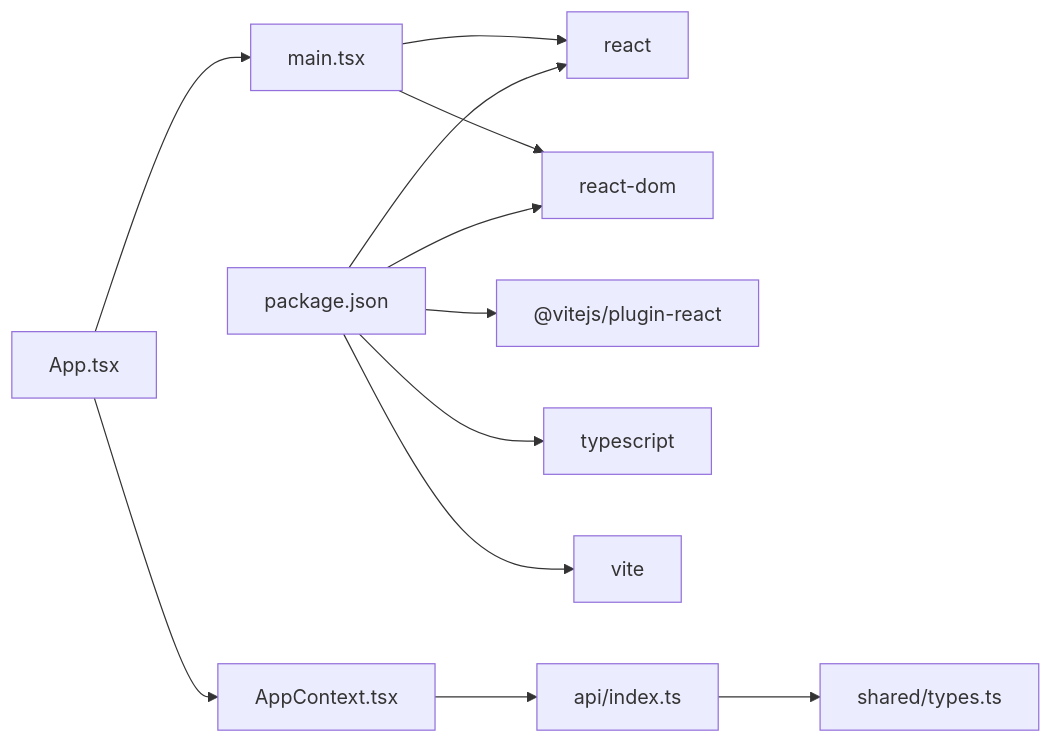
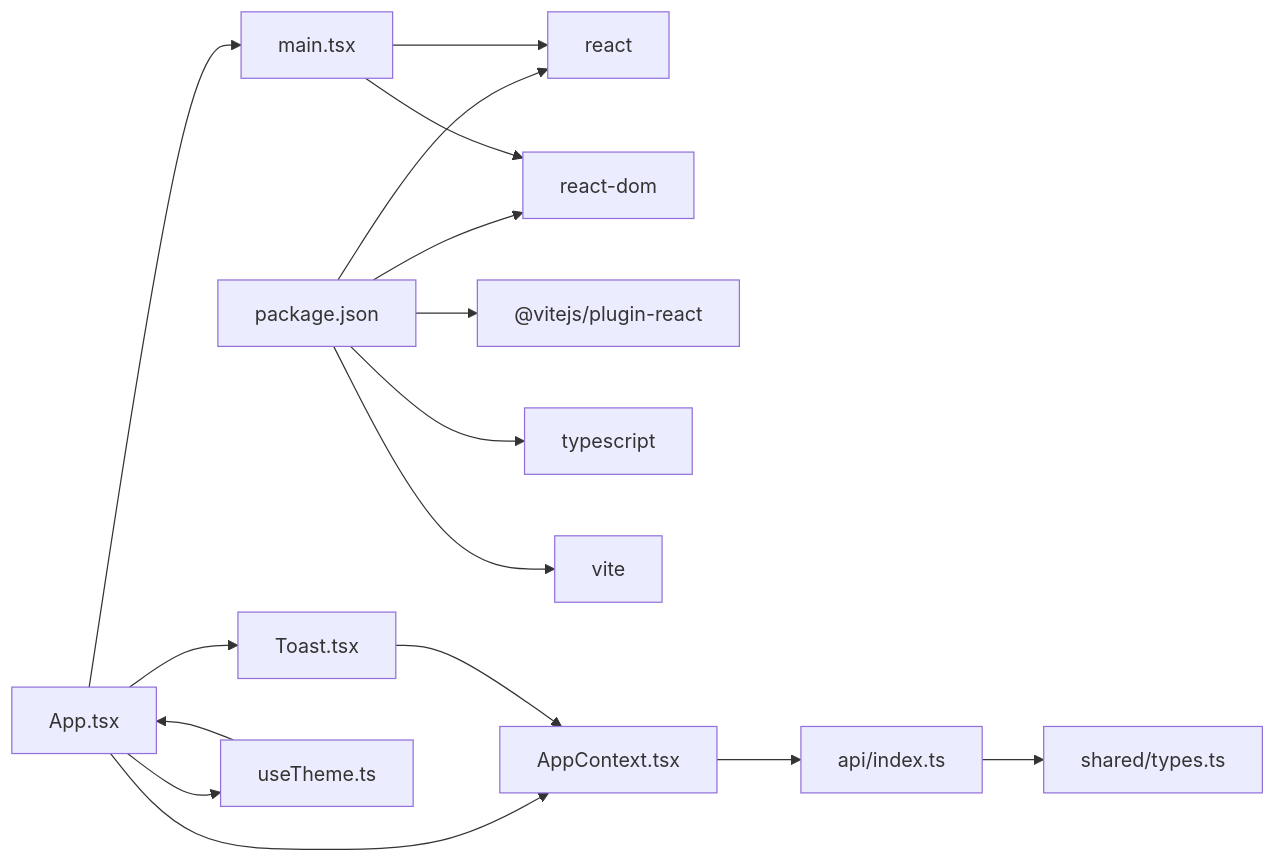
Before and after one commit to L1mingyoung/ex: the ninth of 9 diagrams in .qoder/repowiki/zh/content/前端应用详解/前端应用详解.md, drawn with Mermaid. The commit also changed other lines of this file and 21 other files, not shown here.

````diff
--- a/.qoder/repowiki/zh/content/前端应用详解/前端应用详解.md
+++ b/.qoder/repowiki/zh/content/前端应用详解/前端应用详解.md
@@ -267,14 +396,18 @@
 ```mermaid
 graph LR
 P["package.json"] --> R["react"]
 P --> RD["react-dom"]
 P --> VR["@vitejs/plugin-react"]
 P --> TS["typescript"]
 P --> V["vite"]
 M["main.tsx"] --> R
 M --> RD
 A["App.tsx"] --> M
 A --> Ctx["AppContext.tsx"]
+A --> Toast["Toast.tsx"]
+A --> Theme["useTheme.ts"]
 Ctx --> API["api/index.ts"]
 API --> T["shared/types.ts"]
+Toast --> Ctx
+Theme --> A
 ```
````
